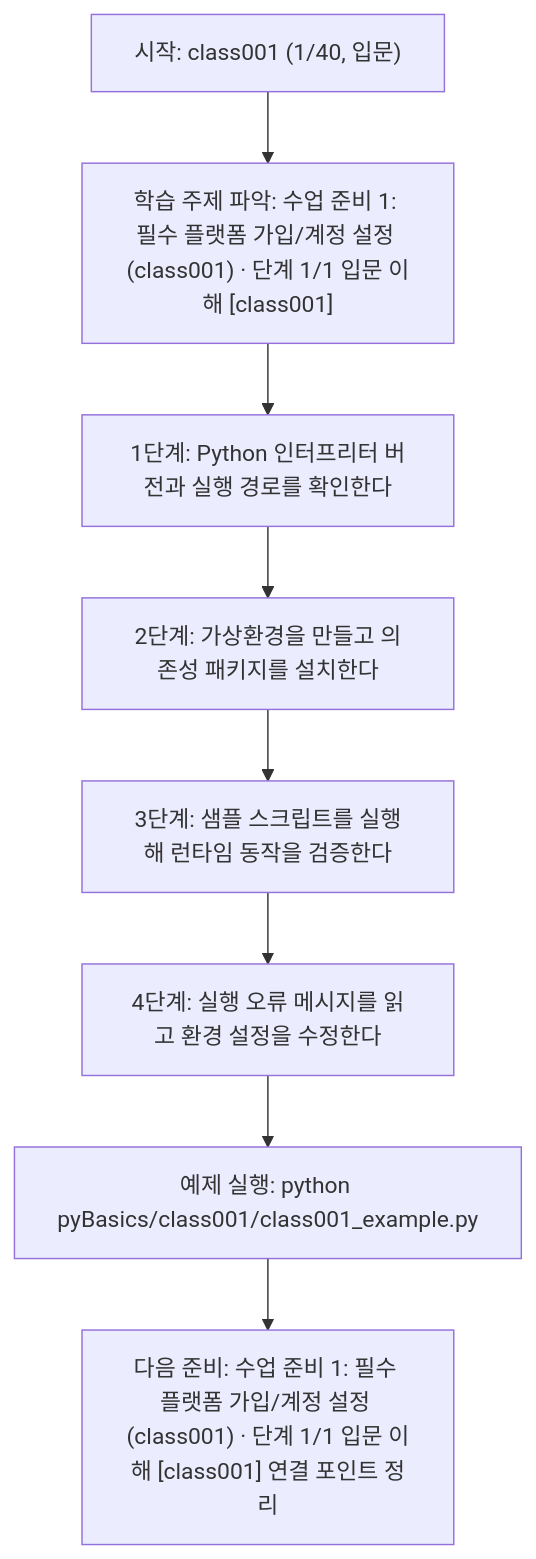
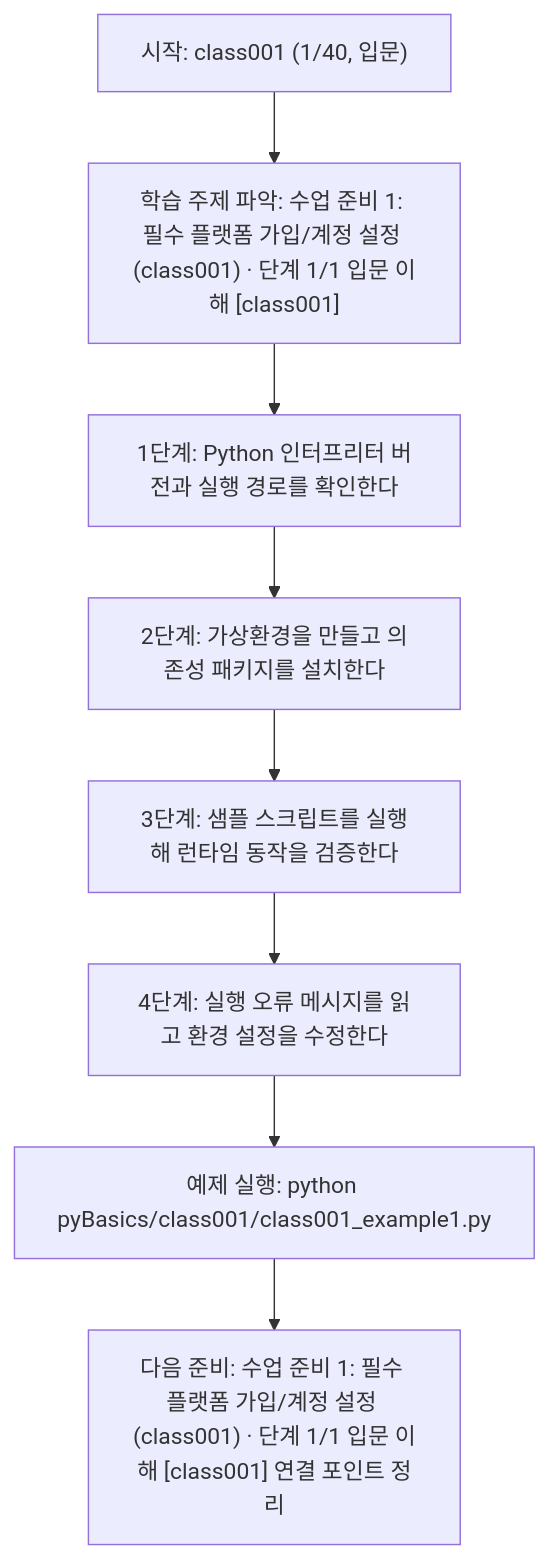
The diagram in pyBasics/class001/class001.md (edumgt/Python-AI_Agent-Class), drawn with Mermaid before and after one commit. The commit also changed other lines of this file and 2959 other files, not shown here.

````diff
--- a/pyBasics/class001/class001.md
+++ b/pyBasics/class001/class001.md
@@ -130,18 +130,18 @@
 ```mermaid
 flowchart TD
 N1["시작: class001 (1/40, 입문)"]
 N2["학습 주제 파악: 수업 준비 1: 필수 플랫폼 가입/계정 설정 (class001) · 단계 1/1 입문 이해 [class001]"]
 N3["1단계: Python 인터프리터 버전과 실행 경로를 확인한다"]
 N4["2단계: 가상환경을 만들고 의존성 패키지를 설치한다"]
 N5["3단계: 샘플 스크립트를 실행해 런타임 동작을 검증한다"]
 N6["4단계: 실행 오류 메시지를 읽고 환경 설정을 수정한다"]
-N7["예제 실행: python pyBasics/class001/class001_example.py"]
+N7["예제 실행: python pyBasics/class001/class001_example1.py"]
 N8["다음 준비: 수업 준비 1: 필수 플랫폼 가입/계정 설정 (class001) · 단계 1/1 입문 이해 [class001] 연결 포인트 정리"]
 N1 --> N2
 N2 --> N3
 N3 --> N4
 N4 --> N5
 N5 --> N6
 N6 --> N7
 N7 --> N8
 ```
````
